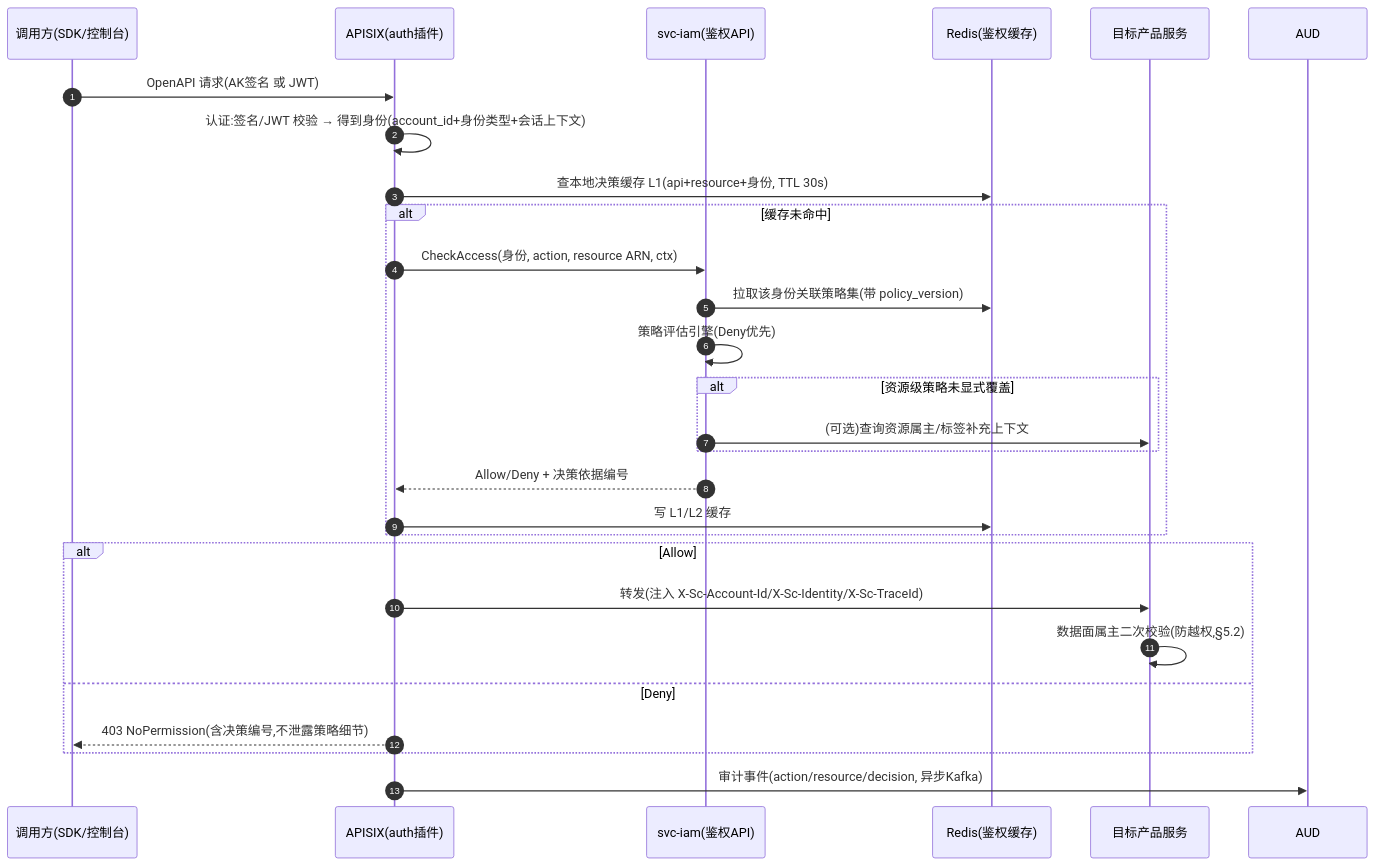
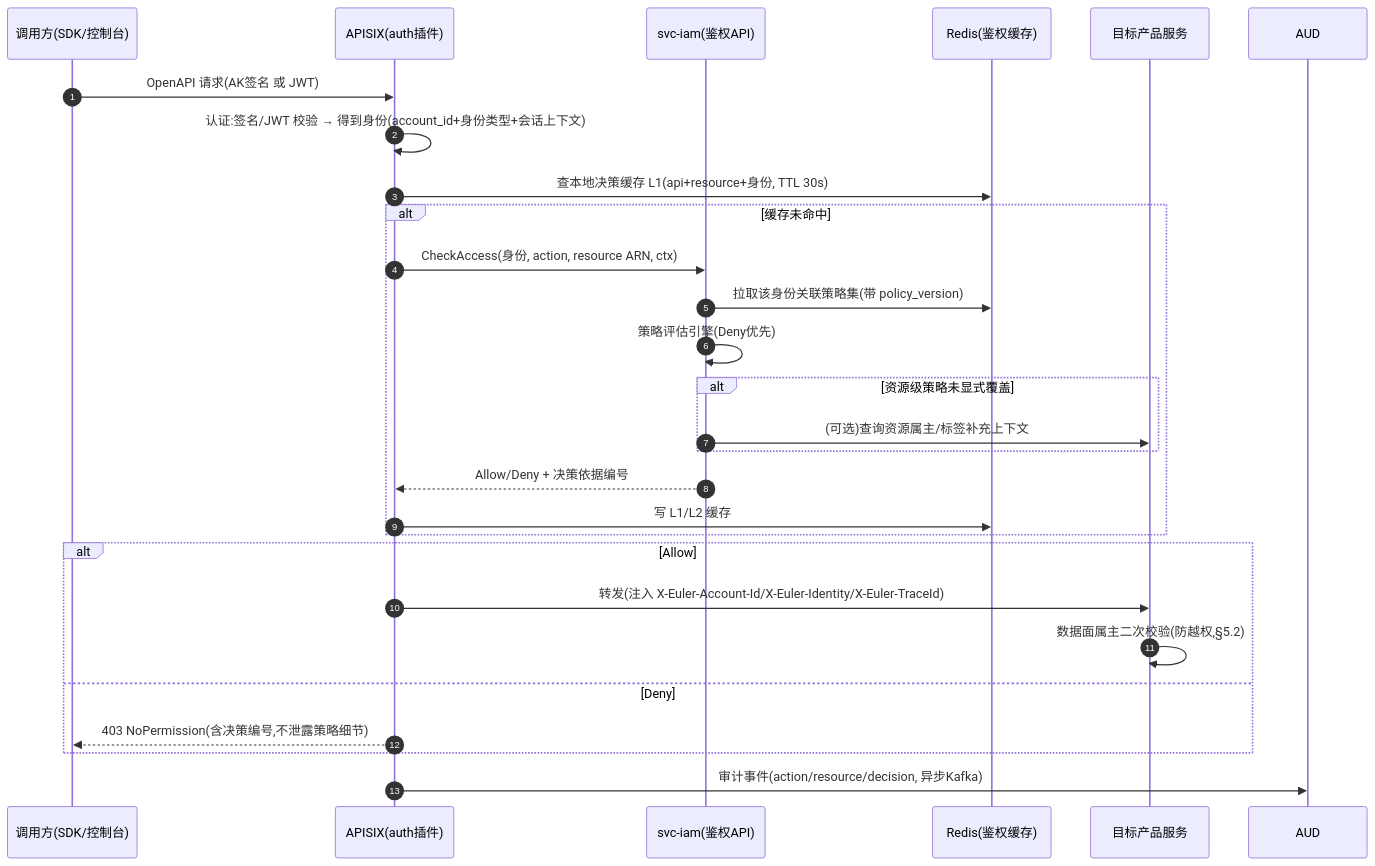
Before and after one commit to qifalab/euler-platform: the fifth of 8 diagrams in docs/architecture/07-security.md, drawn with Mermaid. The commit also changed other lines of this file and 505 other files, not shown here.

````diff
--- a/docs/architecture/07-security.md
+++ b/docs/architecture/07-security.md
@@ -343,30 +343,30 @@
 ```mermaid
 sequenceDiagram
     autonumber
     participant C as 调用方(SDK/控制台)
     participant GW as APISIX(auth插件)
     participant IAM as svc-iam(鉴权API)
     participant RD as Redis(鉴权缓存)
     participant SVC as 目标产品服务
 
     C->>GW: OpenAPI 请求(AK签名 或 JWT)
     GW->>GW: 认证:签名/JWT 校验 → 得到身份(account_id+身份类型+会话上下文)
     GW->>RD: 查本地决策缓存 L1(api+resource+身份, TTL 30s)
     alt 缓存未命中
         GW->>IAM: CheckAccess(身份, action, resource ARN, ctx)
         IAM->>RD: 拉取该身份关联策略集(带 policy_version)
         IAM->>IAM: 策略评估引擎(Deny优先)
         alt 资源级策略未显式覆盖
             IAM->>SVC: (可选)查询资源属主/标签补充上下文
         end
         IAM-->>GW: Allow/Deny + 决策依据编号
         GW->>RD: 写 L1/L2 缓存
     end
     alt Allow
-        GW->>SVC: 转发(注入 X-Sc-Account-Id/X-Sc-Identity/X-Sc-TraceId)
+        GW->>SVC: 转发(注入 X-Euler-Account-Id/X-Euler-Identity/X-Euler-TraceId)
         SVC->>SVC: 数据面属主二次校验(防越权,§5.2)
     else Deny
         GW-->>C: 403 NoPermission(含决策编号,不泄露策略细节)
     end
     GW->>AUD: 审计事件(action/resource/decision, 异步Kafka)
 ```
````
